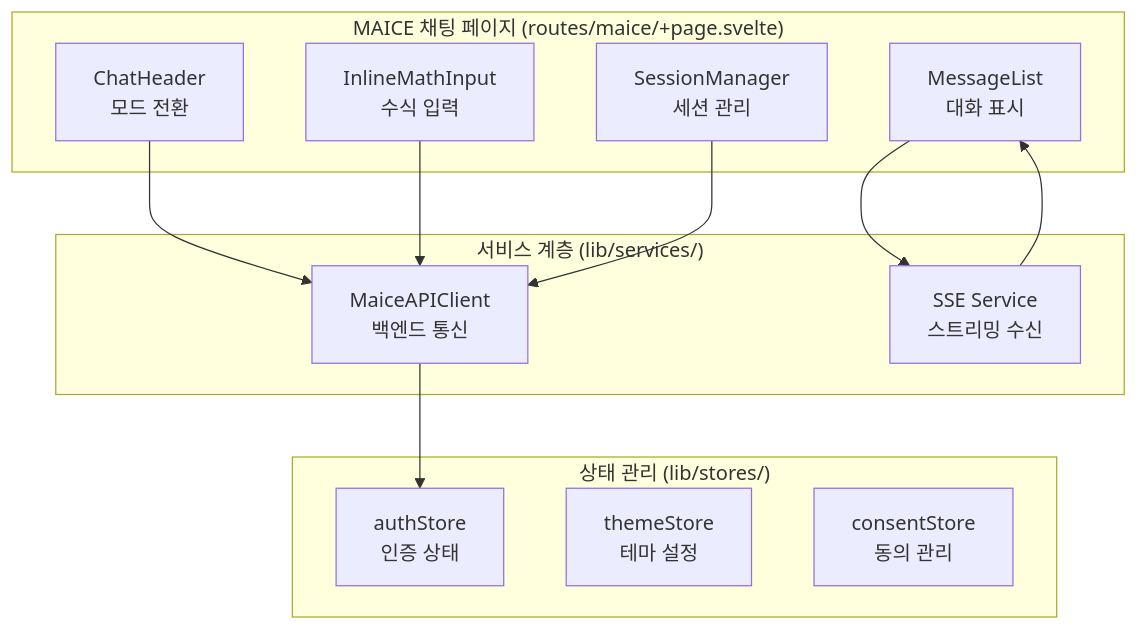
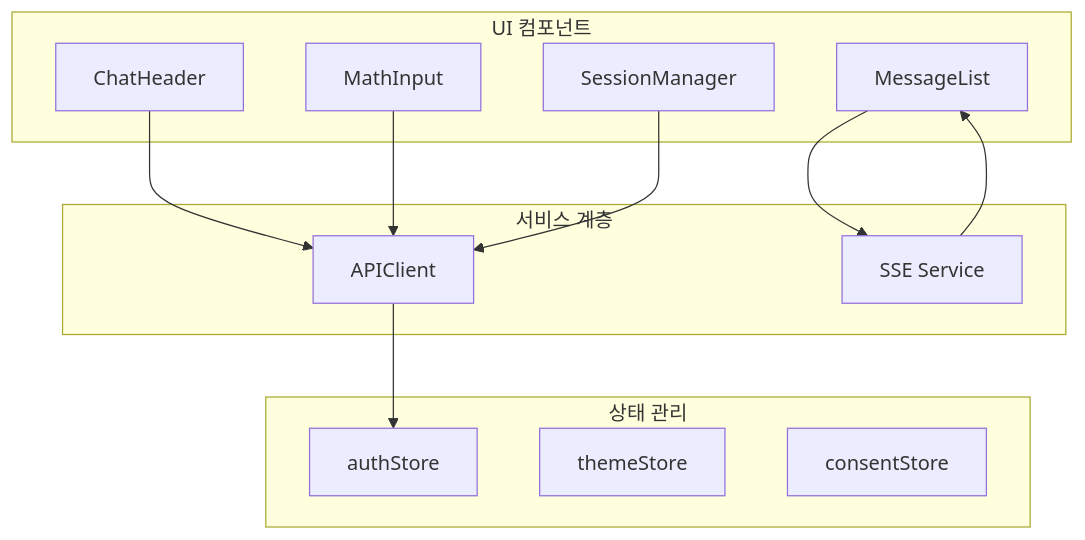
Before and after one commit to KimKyuBong/maice-paper-deploy: the third of 16 diagrams in docs/chapters/04-system-implementation.md, drawn with Mermaid. The commit also changed other lines of this file and 79 other files, not shown here.

````diff
--- a/docs/chapters/04-system-implementation.md
+++ b/docs/chapters/04-system-implementation.md
@@ -165,27 +153,27 @@
 ```mermaid
 graph TB
-    subgraph "MAICE 채팅 페이지 (routes/maice/+page.svelte)"
-        A[ChatHeader<br/>모드 전환]
-        B[MessageList<br/>대화 표시]
-        C[InlineMathInput<br/>수식 입력]
-        D[SessionManager<br/>세션 관리]
+    subgraph "UI 컴포넌트"
+        A[ChatHeader]
+        B[MessageList]
+        C[MathInput]
+        D[SessionManager]
     end
     
-    subgraph "서비스 계층 (lib/services/)"
-        E[MaiceAPIClient<br/>백엔드 통신]
-        F[SSE Service<br/>스트리밍 수신]
+    subgraph "서비스 계층"
+        E[APIClient]
+        F[SSE Service]
     end
     
-    subgraph "상태 관리 (lib/stores/)"
-        G[authStore<br/>인증 상태]
-        H[themeStore<br/>테마 설정]
-        I[consentStore<br/>동의 관리]
+    subgraph "상태 관리"
+        G[authStore]
+        H[themeStore]
+        I[consentStore]
     end
     
     A --> E
     B --> F
     C --> E
     D --> E
     E --> G
     F --> B
 ```
````
